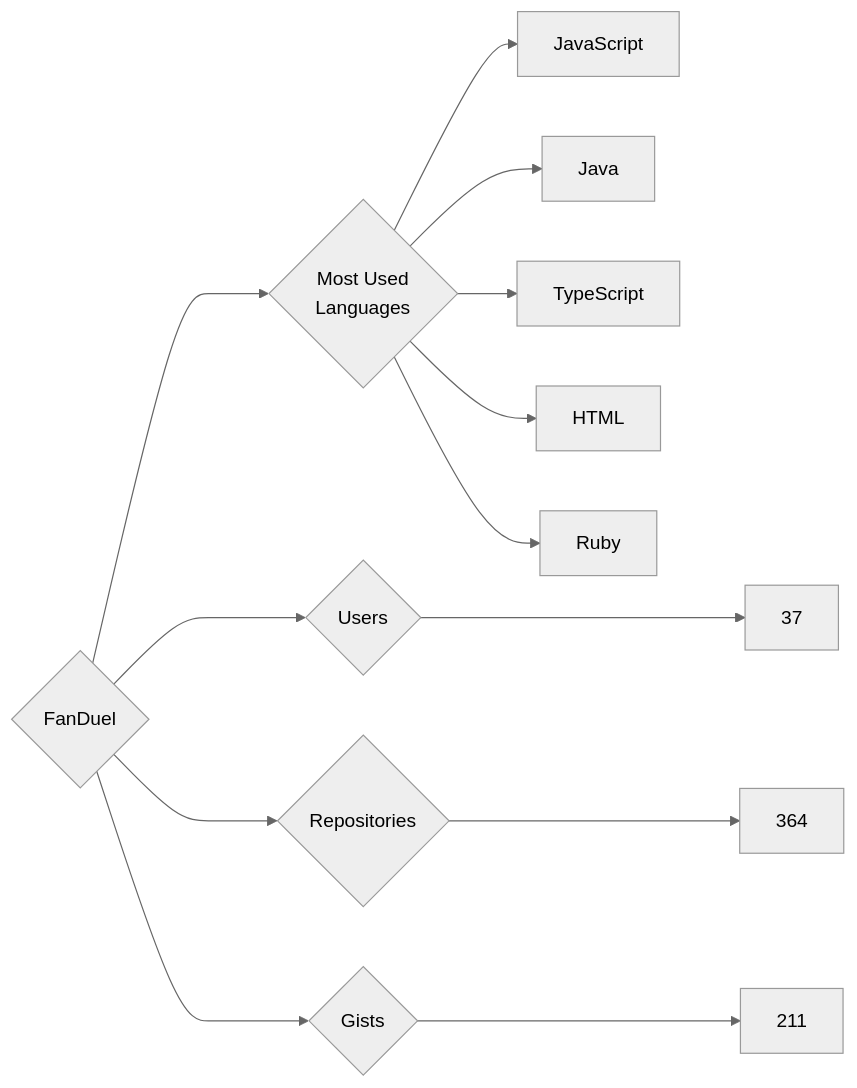
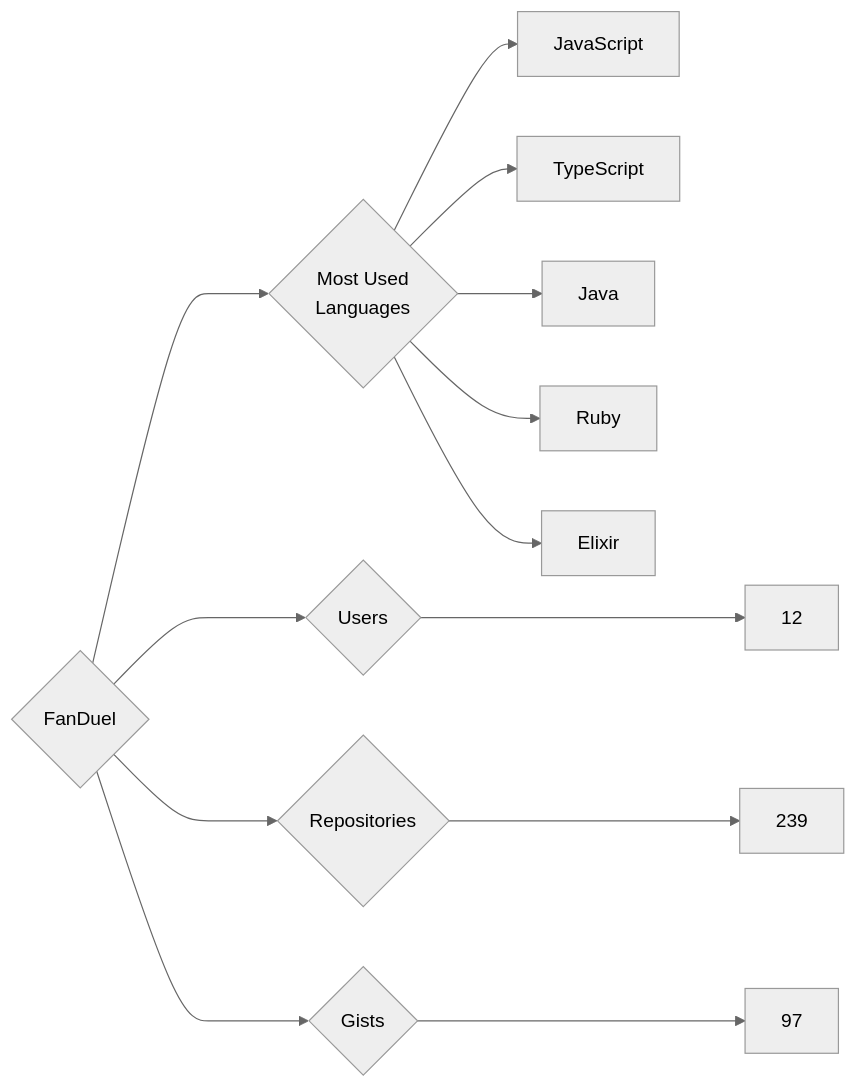
The diagram in targets/FanDuel/README.md (trickest/insiders), drawn with Mermaid (neutral theme) before and after one commit. The commit also changed 951 other files, not shown here.

````diff
--- a/targets/FanDuel/README.md
+++ b/targets/FanDuel/README.md
@@ -3,13 +3,13 @@
 ```mermaid
 graph LR
 COMPANY_NAME{FanDuel}
-COMPANY_NAME ---> U{Users} ---> UN[37]
-COMPANY_NAME ---> R{Repositories} ---> RN[364]
-COMPANY_NAME ---> G{Gists} ---> GN[211]
+COMPANY_NAME ---> U{Users} ---> UN[12]
+COMPANY_NAME ---> R{Repositories} ---> RN[239]
+COMPANY_NAME ---> G{Gists} ---> GN[97]
 COMPANY_NAME ---> ML{Most Used<br>Languages}
-ML --> JavaScript
-ML --> Java
-ML --> TypeScript
-ML --> HTML
-ML --> Ruby
+ML --> JavaScript[JavaScript]
+ML --> TypeScript[TypeScript]
+ML --> Java[Java]
+ML --> Ruby[Ruby]
+ML --> Elixir[Elixir]
 ```
````
